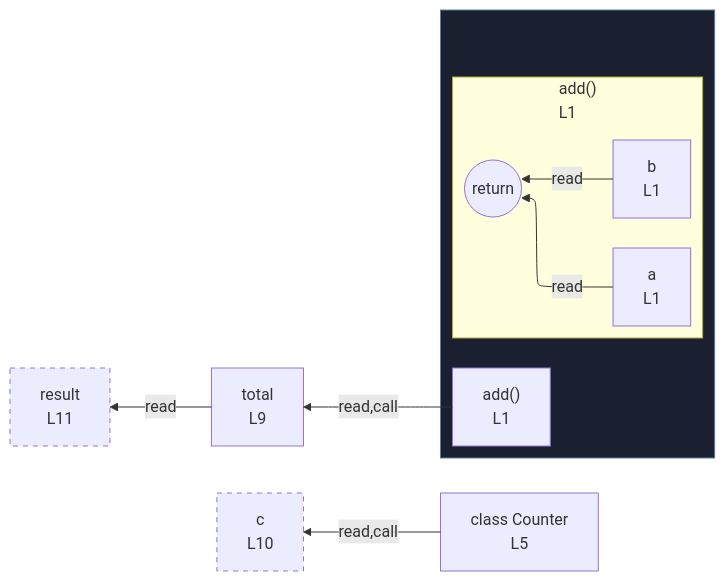
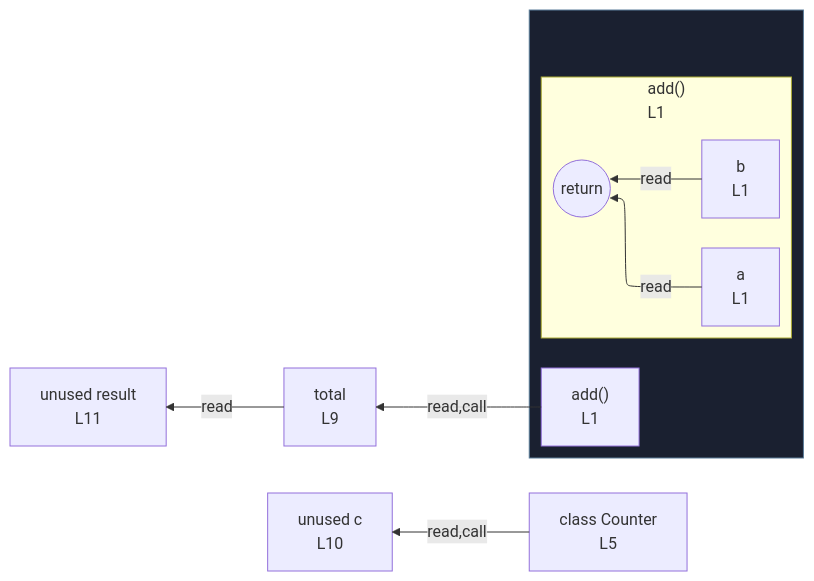
The diagram in integration/fixtures/function-and-class/preview.md (crescware/unsnarl), drawn with Mermaid before and after one commit. The commit also changed 75 other files, not shown here.

````diff
--- a/integration/fixtures/function-and-class/preview.md
+++ b/integration/fixtures/function-and-class/preview.md
@@ -21,28 +21,25 @@
 ```mermaid
 %%{init: {"flowchart": {"defaultRenderer": "elk"}}}%%
 flowchart RL
   n_scope_0_Counter_62["class Counter<br/>L5"]
   n_scope_0_total_94["total<br/>L9"]
-  n_scope_0_c_119["c<br/>L10"]
-  n_scope_0_result_144["result<br/>L11"]
+  n_scope_0_c_119["unused c<br/>L10"]
+  n_scope_0_result_144["unused result<br/>L11"]
   subgraph wrap_s_scope_1[" "]
     direction TB
     n_scope_0_add_9["add()<br/>L1"]
     subgraph s_scope_1["add()<br/>L1"]
       direction RL
       return_scope_0_add_9((return))
       n_scope_1_a_13["a<br/>L1"]
       n_scope_1_b_24["b<br/>L1"]
     end
   end
   n_scope_1_a_13 -->|read| return_scope_0_add_9
   n_scope_1_b_24 -->|read| return_scope_0_add_9
   n_scope_0_add_9 -->|read,call| n_scope_0_total_94
   n_scope_0_Counter_62 -->|read,call| n_scope_0_c_119
   n_scope_0_total_94 -->|read| n_scope_0_result_144
   classDef fnWrap fill:#1a2030,stroke:#5a7d99;
   class wrap_s_scope_1 fnWrap;
-  classDef unused stroke-dasharray: 5 5;
-  class n_scope_0_c_119 unused;
-  class n_scope_0_result_144 unused;
 ```
````
